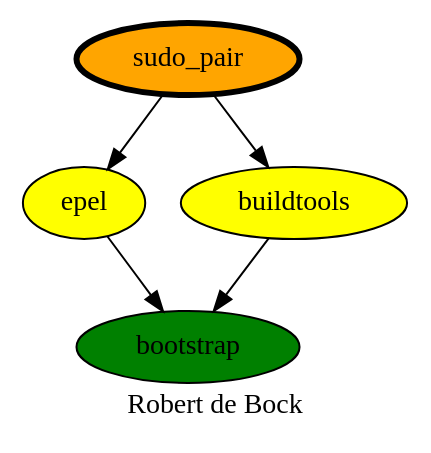
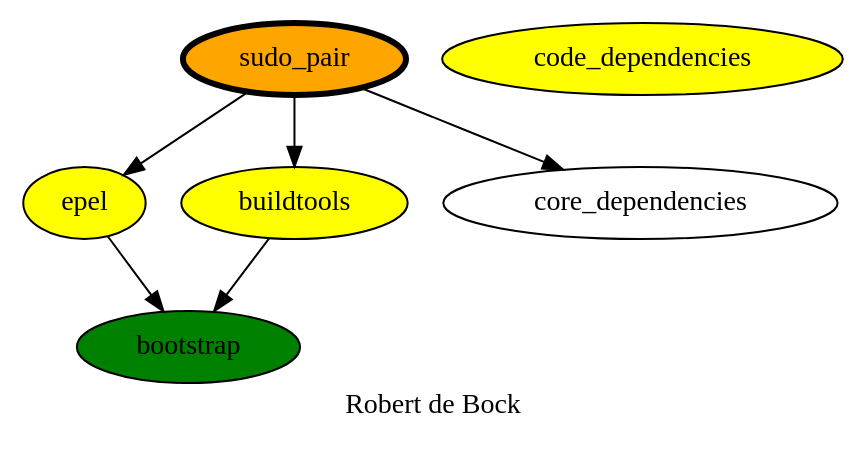
Before and after one commit to robertdebock/drawings: the diagram in sudo_pair.dot, drawn with Graphviz. The commit also changed 2 other files, not shown here.

Commit message:
Fix sudo_pair and core_dependencies.

```diff
--- a/sudo_pair.dot
+++ b/sudo_pair.dot
@@ -1,12 +1,13 @@
 digraph PhiloDilemma {
   label = "Robert de Bock" ;
   overlap=false
   {
     bootstrap [fillcolor=green style=filled]
+    code_dependencies [fillcolor=yellow style=filled]
     epel [fillcolor=yellow style=filled]
     buildtools [fillcolor=yellow style=filled]
     "sudo_pair" [fillcolor=orange style=filled penwidth=3]
   }
   {buildtools epel} -> bootstrap
-  "sudo_pair" -> {buildtools epel}
+  "sudo_pair" -> {buildtools epel core_dependencies}
 }
```
